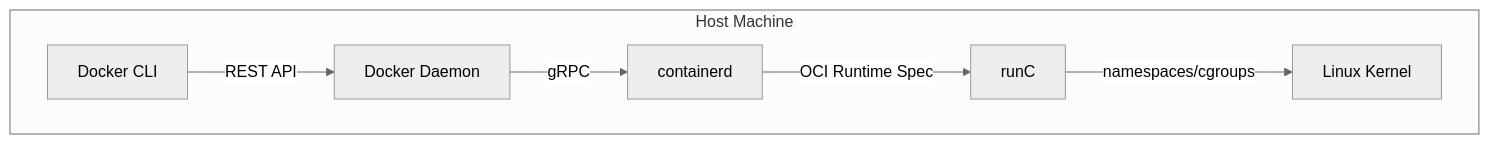
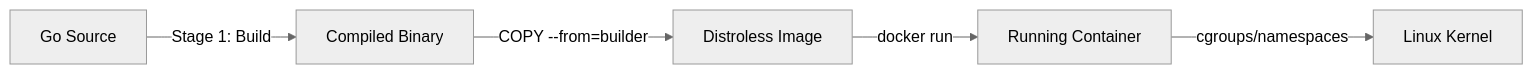
One commit to Leito2/Learning changed the third of 3 diagrams in Software Engineering/02 - Go Engineering/02 - Go for Cloud Native/01 - Docker Internals for Go Developers.md. Above: the diagram before and after it, drawn with Mermaid (neutral theme). The commit also changed other lines of this file and 41 other files, not shown here.

````diff
--- a/Software Engineering/02 - Go Engineering/02 - Go for Cloud Native/01 - Docker Internals for Go Developers.md
+++ b/Software Engineering/02 - Go Engineering/02 - Go for Cloud Native/01 - Docker Internals for Go Developers.md
@@ -67,14 +345,7 @@
 ```mermaid
-graph TB
-    subgraph "Host Machine"
-        CLI[Docker CLI]
-        D[Docker Daemon]
-        C[containerd]
-        R[runC]
-        K[Linux Kernel]
-    end
-    CLI -->|REST API| D
-    D -->|gRPC| C
-    C -->|OCI Runtime Spec| R
-    R -->|namespaces/cgroups| K
+graph LR
+    A[Go Source] -->|Stage 1: Build| B[Compiled Binary]
+    B -->|COPY --from=builder| C[Distroless Image]
+    C -->|docker run| D[Running Container]
+    D -->|cgroups/namespaces| E[Linux Kernel]
 ```
````
